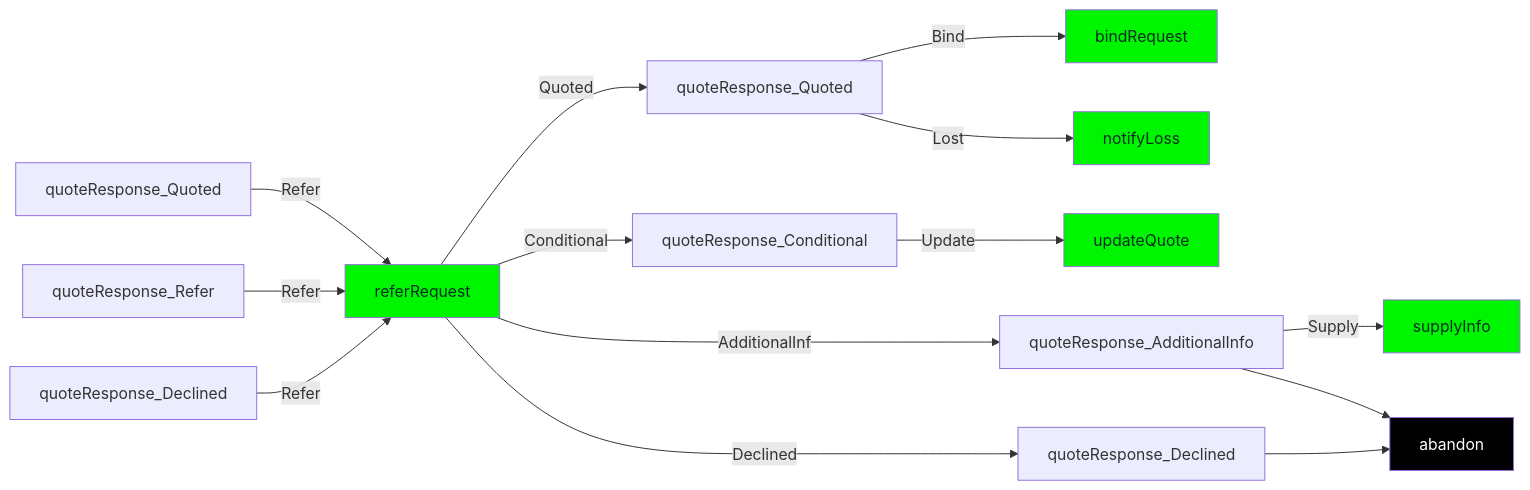
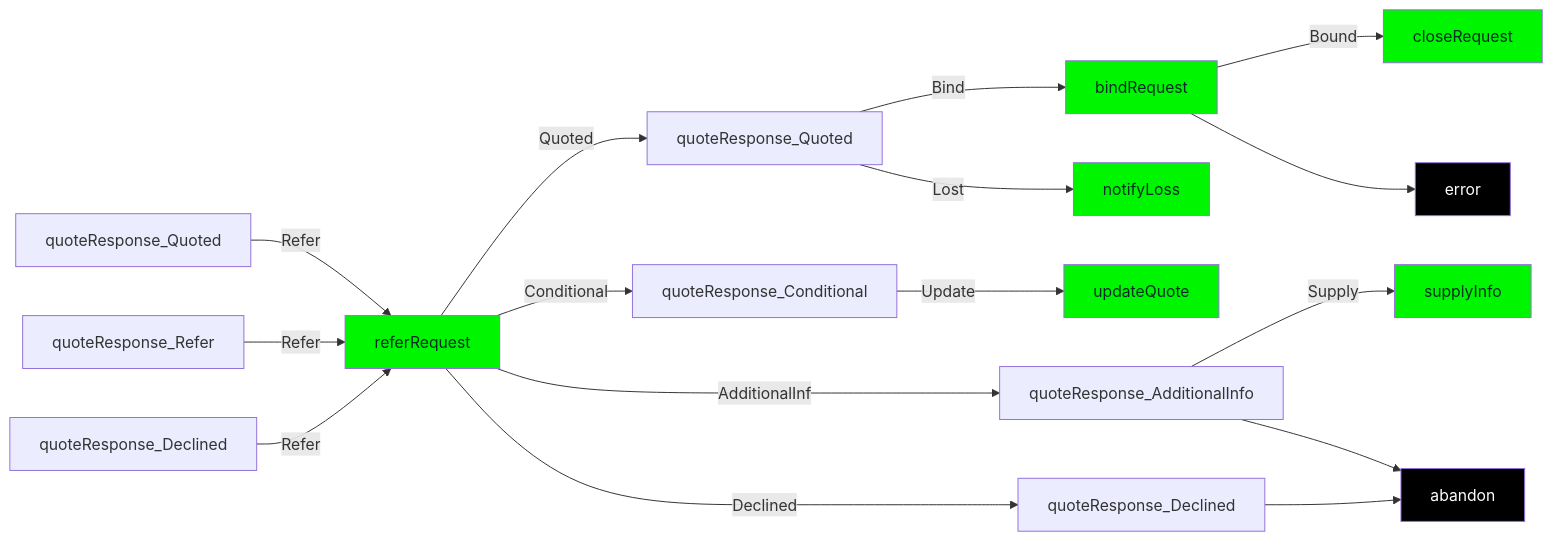
The second of 3 diagrams in bapi_model.md (mattlightbourn1/mattlightbourn1), drawn with Mermaid before and after one commit. The commit also changed other lines of this file, not shown here.

````diff
--- a/bapi_model.md
+++ b/bapi_model.md
@@ -49,18 +49,20 @@
 ```mermaid
   flowchart LR;
       classDef black color:#fff,fill:#000;
       classDef green color:#022e1f,fill:#00f500;
       B[quoteResponse_Quoted]--Refer-->D[referRequest]:::green;
       E[quoteResponse_Refer]--Refer-->D;
       F[quoteResponse_Declined]--Refer-->D;
       D--Quoted-->W[quoteResponse_Quoted];
       D--Conditional-->X[quoteResponse_Conditional];
       D--AdditionalInfo-->Y[quoteResponse_AdditionalInfo];
       D--Declined-->Z[quoteResponse_Declined];
       W--Bind-->C[bindRequest]:::green;
+      C--Bound-->G[closeRequest]:::green;
+      C-->I[error]:::black;
       W--Lost-->L[notifyLoss]:::green;
       X--Update-->H[updateQuote]:::green;
       Y--Supply-->A[supplyInfo]:::green;
       Z-->J[abandon]:::black;
       Y-->J[abandon]:::black;
 ```
````
